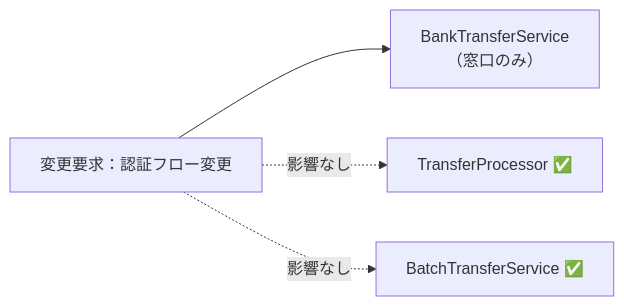
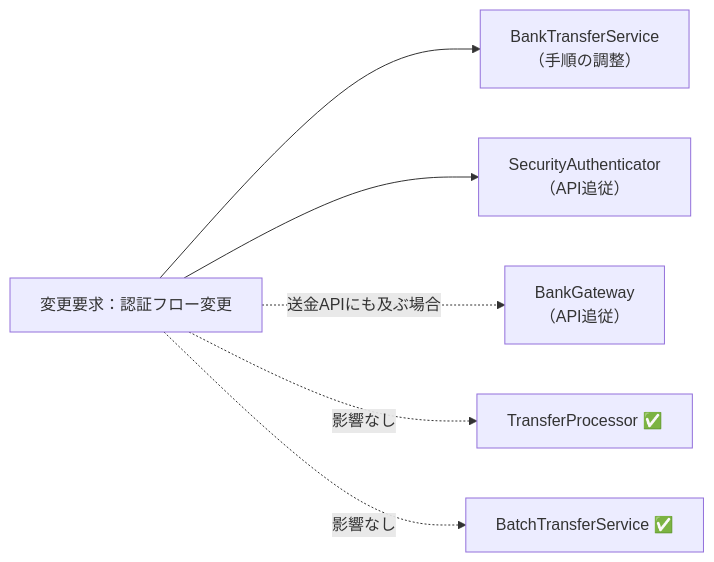
The fourth of 5 diagrams in kindle/design-patterns/output/chapter02.md (kumachan1101-pixel/DesignPattern), drawn with Mermaid before and after one commit. The commit also changed other lines of this file and 1 other file, not shown here.

````diff
--- a/kindle/design-patterns/output/chapter02.md
+++ b/kindle/design-patterns/output/chapter02.md
@@ -919,6 +921,8 @@
 ```mermaid
 graph LR
-    T1["変更要求：認証フロー変更"] --> F1["BankTransferService<br>（窓口のみ）"]
+    T1["変更要求：認証フロー変更"] --> F1["BankTransferService<br>（手順の調整）"]
+    T1 --> S1["SecurityAuthenticator<br>（API追従）"]
+    T1 -. "送金APIにも及ぶ場合" .-> S2["BankGateway<br>（API追従）"]
     T1 -. "影響なし" .-> A["TransferProcessor ✅"]
     T1 -. "影響なし" .-> B["BatchTransferService ✅"]
 ```
````
